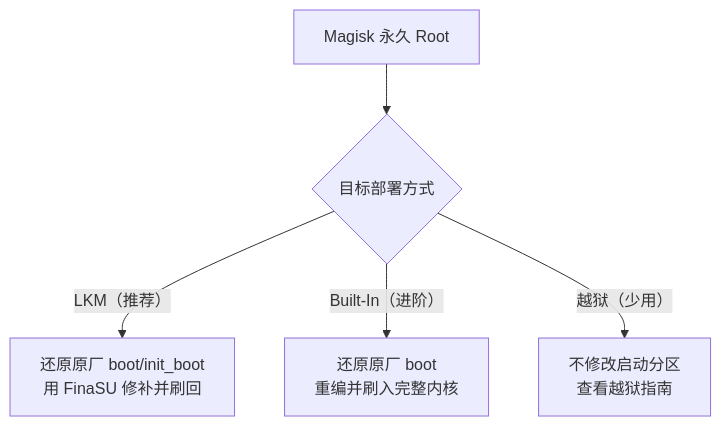
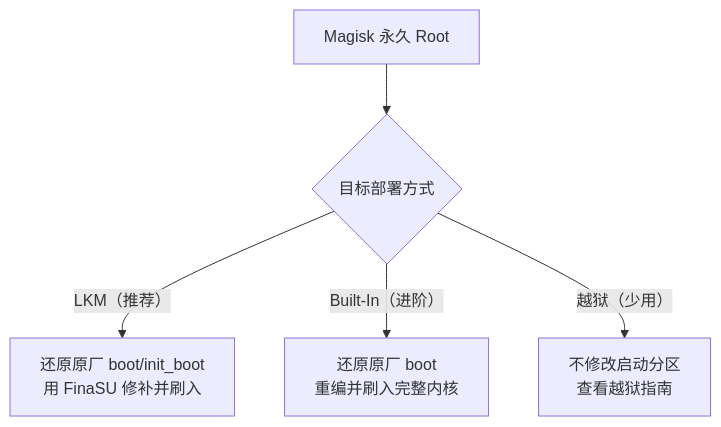
The diagram in website/docs/guide/switch/magisk.md (LyraVoid/FinaSU), drawn with Mermaid before and after one commit. The commit also changed other lines of this file and 7 other files, not shown here.

````diff
--- a/website/docs/guide/switch/magisk.md
+++ b/website/docs/guide/switch/magisk.md
@@ -92,7 +92,7 @@
 ```mermaid
 flowchart TD
     A["Magisk 永久 Root"] --> B{"目标部署方式"}
-    B -->|"LKM（推荐）"| C["还原原厂 boot/init_boot<br/>用 FinaSU 修补并刷回"]
+    B -->|"LKM（推荐）"| C["还原原厂 boot/init_boot<br/>用 FinaSU 修补并刷入"]
     B -->|"Built-In（进阶）"| D["还原原厂 boot<br/>重编并刷入完整内核"]
     B -->|"越狱（少用）"| E["不修改启动分区<br/>查看越狱指南"]
 ```
````
